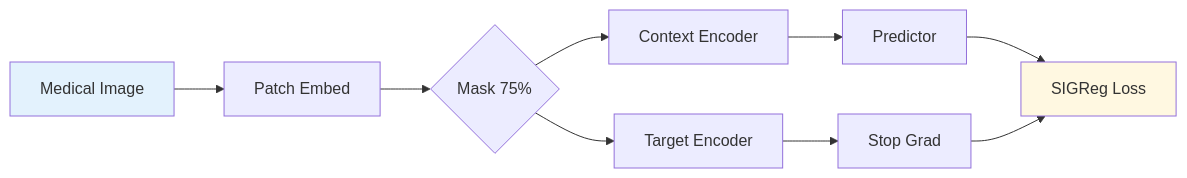
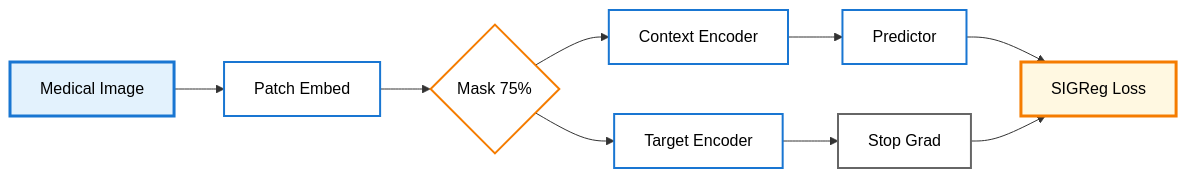
The first of 5 diagrams in README.md (prthmmkhija1/MedJEPA), drawn with Mermaid before and after one commit. The commit also changed other lines of this file, not shown here.

````diff
--- a/README.md
+++ b/README.md
@@ -49,14 +52,20 @@
 ```mermaid
 flowchart LR
     A[Medical Image] --> B[Patch Embed]
     B --> C{Mask 75%}
     C --> D[Context Encoder]
     C --> E[Target Encoder]
     D --> F[Predictor]
     E --> G[Stop Grad]
     F --> H[SIGReg Loss]
     G --> H
 
-    style A fill:#e3f2fd
-    style H fill:#fff8e1
+    style A fill:#e3f2fd,stroke:#1976d2,stroke-width:3px,color:#000
+    style B fill:#fff,stroke:#1976d2,stroke-width:2px,color:#000
+    style C fill:#fff,stroke:#f57c00,stroke-width:2px,color:#000
+    style D fill:#fff,stroke:#1976d2,stroke-width:2px,color:#000
+    style E fill:#fff,stroke:#1976d2,stroke-width:2px,color:#000
+    style F fill:#fff,stroke:#1976d2,stroke-width:2px,color:#000
+    style G fill:#fff,stroke:#666,stroke-width:2px,color:#000
+    style H fill:#fff8e1,stroke:#f57c00,stroke-width:3px,color:#000
 ```
````
